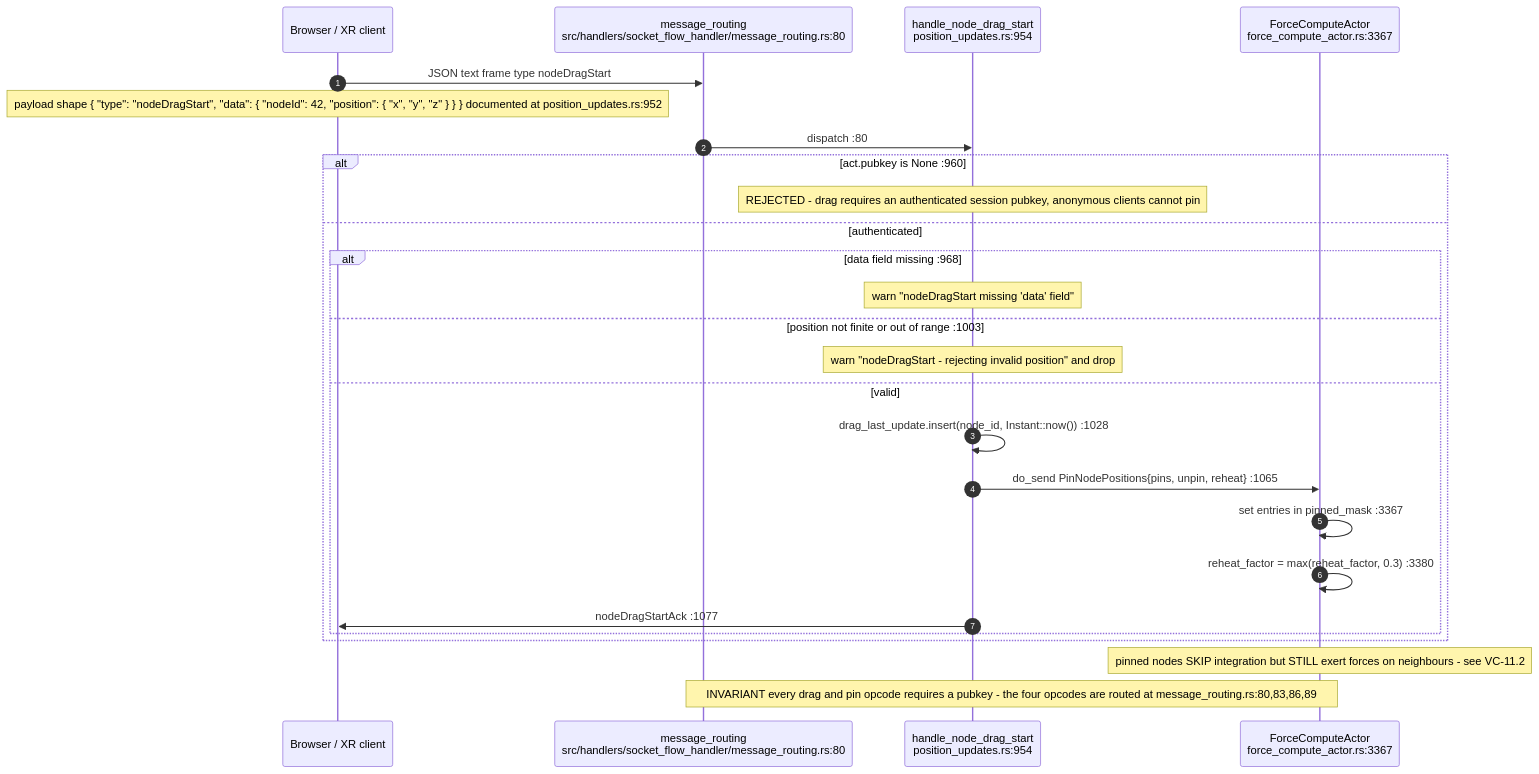
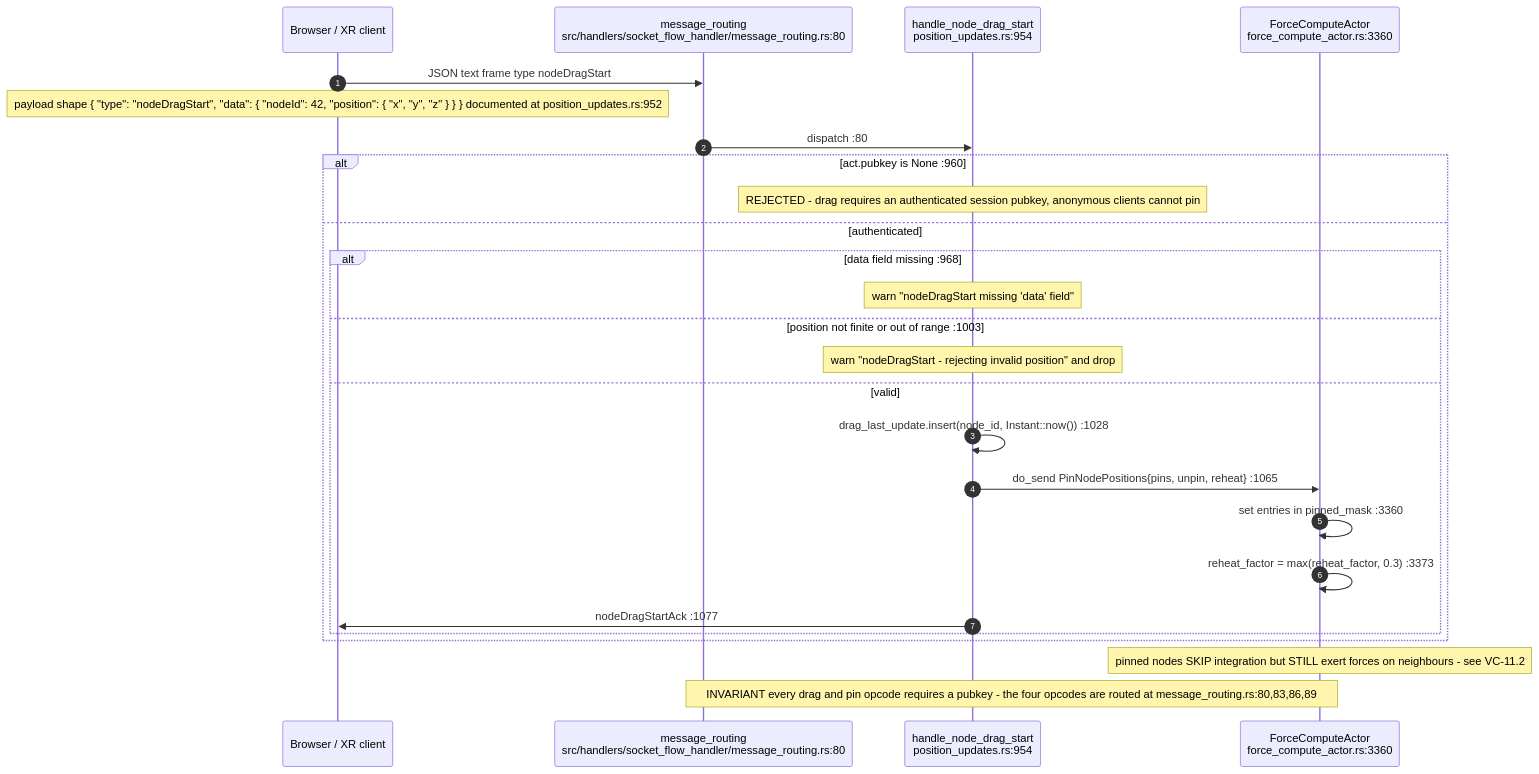
The first of 8 diagrams in docs/diagrams/visionclaw/16-interaction-drag-pin-layout.md (DreamLab-AI/VisionFlow), drawn with Mermaid before and after one commit. The commit also changed other lines of this file and 94 other files, not shown here.

First line of the commit message:
docs(diagrams): re-verify 130 topics against 2 October HEADs

````diff
--- a/docs/diagrams/visionclaw/16-interaction-drag-pin-layout.md
+++ b/docs/diagrams/visionclaw/16-interaction-drag-pin-layout.md
@@ -26,29 +30,29 @@
 ```mermaid
 sequenceDiagram
     autonumber
     participant C as Browser / XR client
     participant MR as message_routing<br/>src/handlers/socket_flow_handler/message_routing.rs:80
     participant H as handle_node_drag_start<br/>position_updates.rs:954
-    participant FCA as ForceComputeActor<br/>force_compute_actor.rs:3367
+    participant FCA as ForceComputeActor<br/>force_compute_actor.rs:3360
 
     C->>MR: JSON text frame type nodeDragStart
     Note over C: payload shape { "type": "nodeDragStart", "data": { "nodeId": 42, "position": { "x", "y", "z" } } } documented at position_updates.rs:952
     MR->>H: dispatch :80
     alt act.pubkey is None :960
         Note over H: REJECTED - drag requires an authenticated session pubkey, anonymous clients cannot pin
     else authenticated
         alt data field missing :968
             Note over H: warn "nodeDragStart missing 'data' field"
         else position not finite or out of range :1003
             Note over H: warn "nodeDragStart - rejecting invalid position" and drop
         else valid
             H->>H: drag_last_update.insert(node_id, Instant::now()) :1028
             H->>FCA: do_send PinNodePositions{pins, unpin, reheat} :1065
-            FCA->>FCA: set entries in pinned_mask :3367
-            FCA->>FCA: reheat_factor = max(reheat_factor, 0.3) :3380
+            FCA->>FCA: set entries in pinned_mask :3360
+            FCA->>FCA: reheat_factor = max(reheat_factor, 0.3) :3373
             H->>C: nodeDragStartAck :1077
         end
     end
     Note over FCA: pinned nodes SKIP integration but STILL exert forces on neighbours - see VC-11.2
     Note over MR,FCA: INVARIANT every drag and pin opcode requires a pubkey - the four opcodes are routed at message_routing.rs:80,83,86,89
 ```
````
